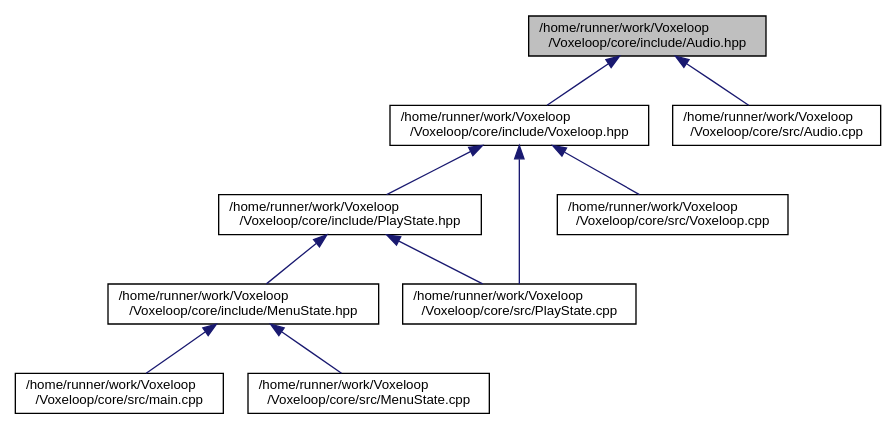
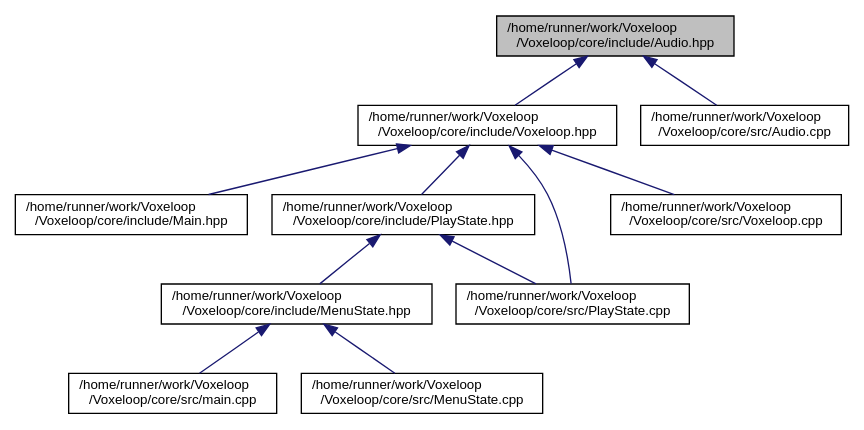
Before and after one commit to jarp0l/Voxeloop: the diagram in docs/Audio_8hpp__dep__incl.dot, drawn with Graphviz. The commit also changed 133 other files, not shown here.

```diff
--- a/docs/Audio_8hpp__dep__incl.dot
+++ b/docs/Audio_8hpp__dep__incl.dot
@@ -1,25 +1,27 @@
 digraph "/home/runner/work/Voxeloop/Voxeloop/core/include/Audio.hpp"
 {
  // INTERACTIVE_SVG=YES
  // LATEX_PDF_SIZE
   edge [fontname="Helvetica",fontsize="10",labelfontname="Helvetica",labelfontsize="10"];
   node [fontname="Helvetica",fontsize="10",shape=record];
   Node1 [label="/home/runner/work/Voxeloop\l/Voxeloop/core/include/Audio.hpp",height=0.2,width=0.4,color="black", fillcolor="grey75", style="filled", fontcolor="black",tooltip=" "];
   Node1 -> Node2 [dir="back",color="midnightblue",fontsize="10",style="solid",fontname="Helvetica"];
   Node2 [label="/home/runner/work/Voxeloop\l/Voxeloop/core/include/Voxeloop.hpp",height=0.2,width=0.4,color="black", fillcolor="white", style="filled",URL="$Voxeloop_8hpp.html",tooltip=" "];
   Node2 -> Node3 [dir="back",color="midnightblue",fontsize="10",style="solid",fontname="Helvetica"];
-  Node3 [label="/home/runner/work/Voxeloop\l/Voxeloop/core/include/PlayState.hpp",height=0.2,width=0.4,color="black", fillcolor="white", style="filled",URL="$PlayState_8hpp.html",tooltip=" "];
-  Node3 -> Node4 [dir="back",color="midnightblue",fontsize="10",style="solid",fontname="Helvetica"];
-  Node4 [label="/home/runner/work/Voxeloop\l/Voxeloop/core/include/MenuState.hpp",height=0.2,width=0.4,color="black", fillcolor="white", style="filled",URL="$MenuState_8hpp.html",tooltip=" "];
+  Node3 [label="/home/runner/work/Voxeloop\l/Voxeloop/core/include/Main.hpp",height=0.2,width=0.4,color="black", fillcolor="white", style="filled",URL="$Main_8hpp.html",tooltip=" "];
+  Node2 -> Node4 [dir="back",color="midnightblue",fontsize="10",style="solid",fontname="Helvetica"];
+  Node4 [label="/home/runner/work/Voxeloop\l/Voxeloop/core/include/PlayState.hpp",height=0.2,width=0.4,color="black", fillcolor="white", style="filled",URL="$PlayState_8hpp.html",tooltip=" "];
   Node4 -> Node5 [dir="back",color="midnightblue",fontsize="10",style="solid",fontname="Helvetica"];
-  Node5 [label="/home/runner/work/Voxeloop\l/Voxeloop/core/src/main.cpp",height=0.2,width=0.4,color="black", fillcolor="white", style="filled",URL="$main_8cpp.html",tooltip=" "];
-  Node4 -> Node6 [dir="back",color="midnightblue",fontsize="10",style="solid",fontname="Helvetica"];
-  Node6 [label="/home/runner/work/Voxeloop\l/Voxeloop/core/src/MenuState.cpp",height=0.2,width=0.4,color="black", fillcolor="white", style="filled",URL="$MenuState_8cpp.html",tooltip=" "];
-  Node3 -> Node7 [dir="back",color="midnightblue",fontsize="10",style="solid",fontname="Helvetica"];
-  Node7 [label="/home/runner/work/Voxeloop\l/Voxeloop/core/src/PlayState.cpp",height=0.2,width=0.4,color="black", fillcolor="white", style="filled",URL="$PlayState_8cpp.html",tooltip=" "];
-  Node2 -> Node7 [dir="back",color="midnightblue",fontsize="10",style="solid",fontname="Helvetica"];
+  Node5 [label="/home/runner/work/Voxeloop\l/Voxeloop/core/include/MenuState.hpp",height=0.2,width=0.4,color="black", fillcolor="white", style="filled",URL="$MenuState_8hpp.html",tooltip=" "];
+  Node5 -> Node6 [dir="back",color="midnightblue",fontsize="10",style="solid",fontname="Helvetica"];
+  Node6 [label="/home/runner/work/Voxeloop\l/Voxeloop/core/src/main.cpp",height=0.2,width=0.4,color="black", fillcolor="white", style="filled",URL="$main_8cpp.html",tooltip=" "];
+  Node5 -> Node7 [dir="back",color="midnightblue",fontsize="10",style="solid",fontname="Helvetica"];
+  Node7 [label="/home/runner/work/Voxeloop\l/Voxeloop/core/src/MenuState.cpp",height=0.2,width=0.4,color="black", fillcolor="white", style="filled",URL="$MenuState_8cpp.html",tooltip=" "];
+  Node4 -> Node8 [dir="back",color="midnightblue",fontsize="10",style="solid",fontname="Helvetica"];
+  Node8 [label="/home/runner/work/Voxeloop\l/Voxeloop/core/src/PlayState.cpp",height=0.2,width=0.4,color="black", fillcolor="white", style="filled",URL="$PlayState_8cpp.html",tooltip=" "];
   Node2 -> Node8 [dir="back",color="midnightblue",fontsize="10",style="solid",fontname="Helvetica"];
-  Node8 [label="/home/runner/work/Voxeloop\l/Voxeloop/core/src/Voxeloop.cpp",height=0.2,width=0.4,color="black", fillcolor="white", style="filled",URL="$Voxeloop_8cpp.html",tooltip=" "];
-  Node1 -> Node9 [dir="back",color="midnightblue",fontsize="10",style="solid",fontname="Helvetica"];
-  Node9 [label="/home/runner/work/Voxeloop\l/Voxeloop/core/src/Audio.cpp",height=0.2,width=0.4,color="black", fillcolor="white", style="filled",URL="$Audio_8cpp.html",tooltip=" "];
+  Node2 -> Node9 [dir="back",color="midnightblue",fontsize="10",style="solid",fontname="Helvetica"];
+  Node9 [label="/home/runner/work/Voxeloop\l/Voxeloop/core/src/Voxeloop.cpp",height=0.2,width=0.4,color="black", fillcolor="white", style="filled",URL="$Voxeloop_8cpp.html",tooltip=" "];
+  Node1 -> Node10 [dir="back",color="midnightblue",fontsize="10",style="solid",fontname="Helvetica"];
+  Node10 [label="/home/runner/work/Voxeloop\l/Voxeloop/core/src/Audio.cpp",height=0.2,width=0.4,color="black", fillcolor="white", style="filled",URL="$Audio_8cpp.html",tooltip=" "];
 }
```
